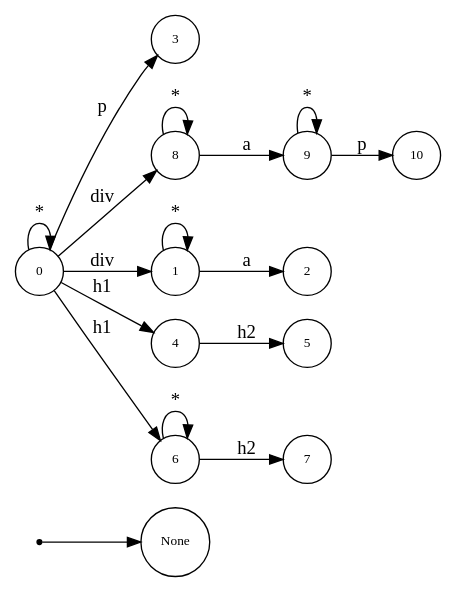
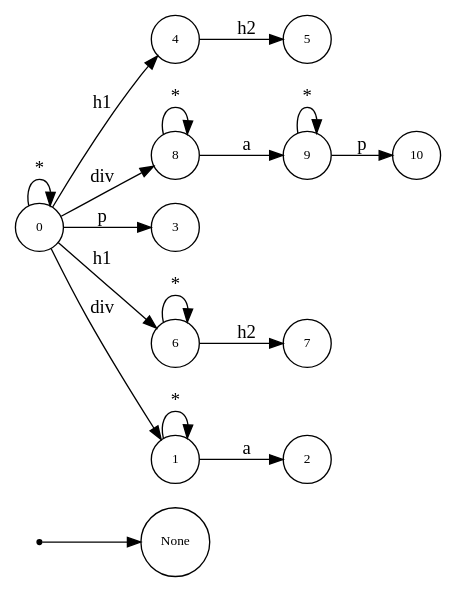
One commit to asukaminato0721/css-bitvector-compiler changed the diagram in dot.dot. Above: the diagram before and after it, drawn with Graphviz. The commit also changed other lines of this file and 49 other files, not shown here.

```diff
--- a/dot.dot
+++ b/dot.dot
@@ -1,33 +1,33 @@
 digraph NFA {
   rankdir=LR;
   node [shape=circle, fontsize=10];
   __start [shape=point, label=""];
   __start -> None;
-  2 [label="2"];
+  4 [label="4"];
+  7 [label="7"];
+  9 [label="9"];
+  8 [label="8"];
   3 [label="3"];
-  7 [label="7"];
-  8 [label="8"];
-  1 [label="1"];
-  4 [label="4"];
-  9 [label="9"];
+  5 [label="5"];
   10 [label="10"];
   0 [label="0"];
-  5 [label="5"];
   6 [label="6"];
+  2 [label="2"];
+  1 [label="1"];
   { node [shape=doublecircle]; 2 3 5 7 10 }
   0 -> 0 [label="*"];
   0 -> 1 [label="div"];
   1 -> 1 [label="*"];
   1 -> 2 [label="a"];
   0 -> 3 [label="p"];
   0 -> 4 [label="h1"];
   4 -> 5 [label="h2"];
   0 -> 6 [label="h1"];
   6 -> 6 [label="*"];
   6 -> 7 [label="h2"];
   0 -> 8 [label="div"];
   8 -> 8 [label="*"];
   8 -> 9 [label="a"];
   9 -> 9 [label="*"];
   9 -> 10 [label="p"];
 }
```
